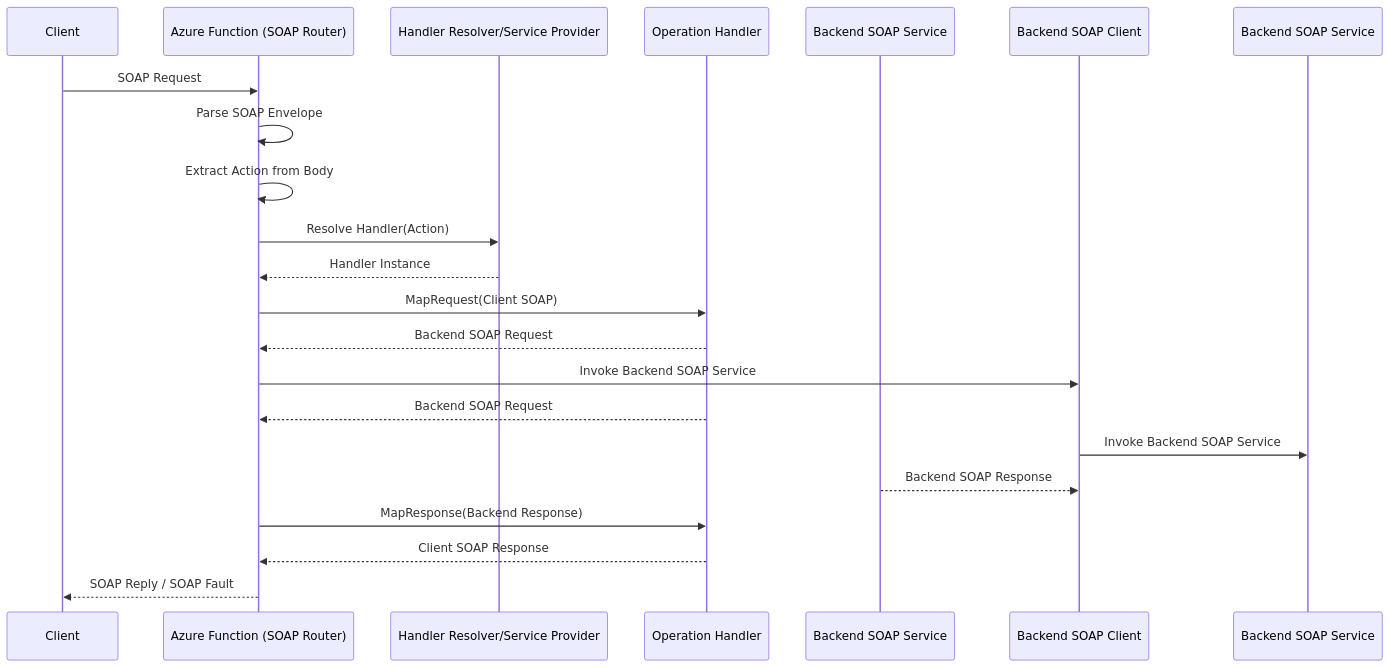
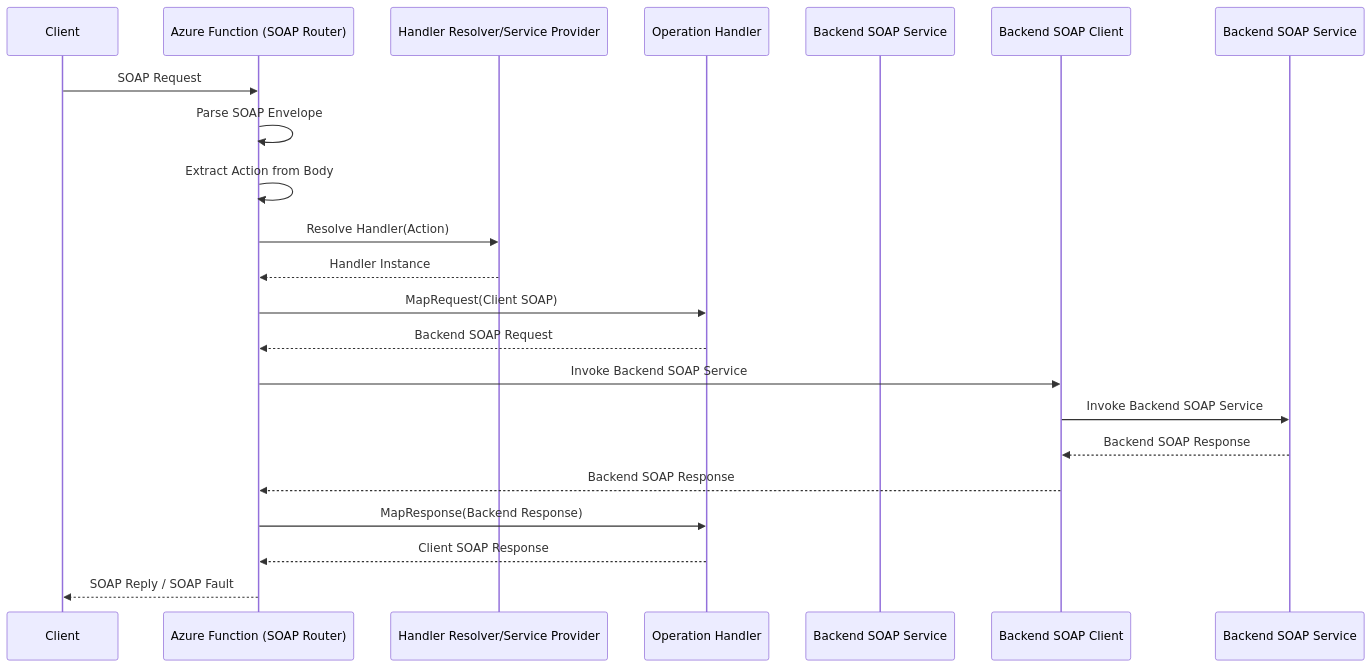
The second of 2 diagrams in README.md (vijay-akula002/Azure-Function-Design), drawn with Mermaid before and after one commit.

````diff
--- a/README.md
+++ b/README.md
@@ -61,30 +61,29 @@
 ``` mermaid
 sequenceDiagram
     participant Client
     participant Function as Azure Function (SOAP Router)
     participant Resolver as Handler Resolver/Service Provider
     participant Handler as Operation Handler
     participant Backend as Backend SOAP Client
 	participant Backend as Backend SOAP Service
 
     Client->>Function: SOAP Request
     Function->>Function: Parse SOAP Envelope
     Function->>Function: Extract Action from Body
 
     Function->>Resolver: Resolve Handler(Action)
     Resolver-->>Function: Handler Instance
 
     Function->>Handler: MapRequest(Client SOAP)
     Handler-->>Function: Backend SOAP Request
 
 	Function->>Backend SOAP Client: Invoke Backend SOAP Service
-    Handler-->>Function: Backend SOAP Request
+    Backend SOAP Client->>Backend SOAP Service: Invoke Backend SOAP Service
+	Backend SOAP Service-->>Backend SOAP Client: Backend SOAP Response	
+	Backend SOAP Client-->>Function: Backend SOAP Response
 	
-    Backend SOAP Client->>Backend SOAP Service: Invoke Backend SOAP Service
-    Backend-->>Backend SOAP Client: Backend SOAP Response
-
     Function->>Handler: MapResponse(Backend Response)
     Handler-->>Function: Client SOAP Response
 
     Function-->>Client: SOAP Reply / SOAP Fault
 ```
````
